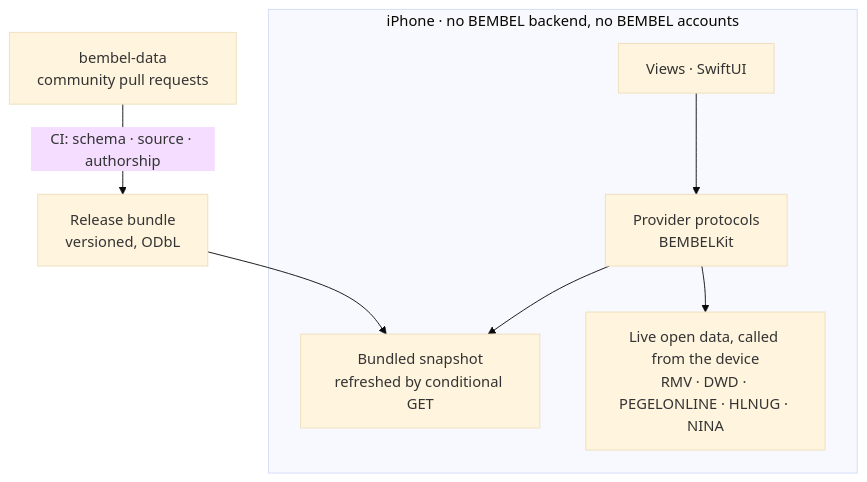
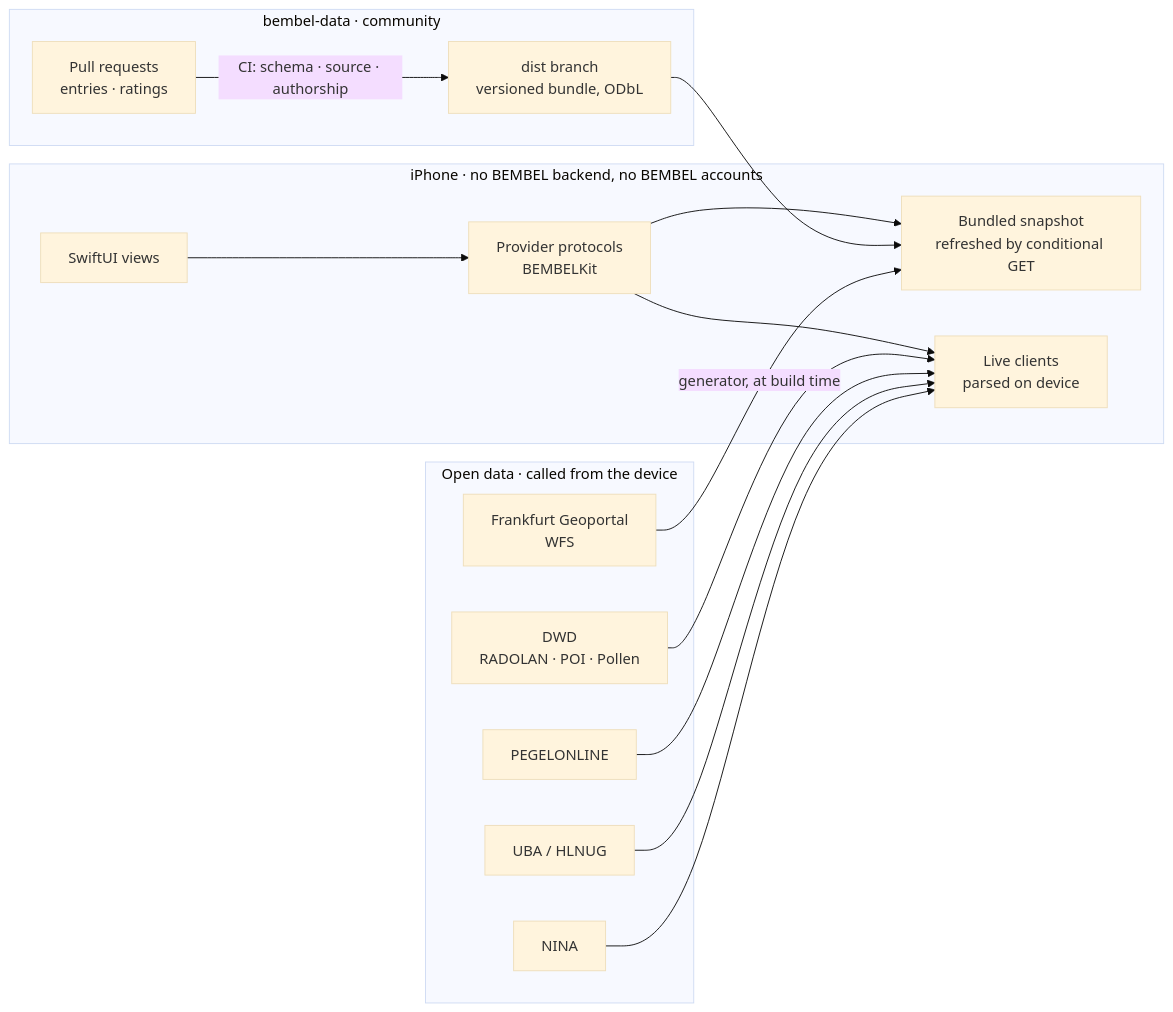
Before and after one commit to maurice-jobst/bembel: the diagram in README.md, drawn with Mermaid (base theme). The commit also changed other lines of this file and 39 other files, not shown here.

````diff
--- a/README.md
+++ b/README.md
@@ -64,10 +92,21 @@
 ```mermaid
-flowchart TD
-    C["bembel-data<br/>community pull requests"] -->|"CI: schema · source · authorship"| R["Release bundle<br/>versioned, ODbL"]
-    subgraph device["iPhone · no BEMBEL backend, no BEMBEL accounts"]
-        V["Views · SwiftUI"] --> P["Provider protocols<br/>BEMBELKit"]
+flowchart LR
+    subgraph community["bembel-data · community"]
+        PR["Pull requests<br/>entries · ratings"] -->|"CI: schema · source · authorship"| DIST["dist branch<br/>versioned bundle, ODbL"]
+    end
+    subgraph open["Open data · called from the device"]
+        DWD["DWD<br/>RADOLAN · POI · Pollen"]
+        WSV["PEGELONLINE"]
+        UBA["UBA / HLNUG"]
+        NINA["NINA"]
+        FFM["Frankfurt Geoportal<br/>WFS"]
+    end
+    subgraph phone["iPhone · no BEMBEL backend, no BEMBEL accounts"]
+        V["SwiftUI views"] --> P["Provider protocols<br/>BEMBELKit"]
         P --> B["Bundled snapshot<br/>refreshed by conditional GET"]
-        P --> L["Live open data, called from the device<br/>RMV · DWD · PEGELONLINE · HLNUG · NINA"]
+        P --> L["Live clients<br/>parsed on device"]
     end
-    R --> B
+    DIST --> B
+    FFM -->|"generator, at build time"| B
+    DWD & WSV & UBA & NINA --> L
 ```
````
